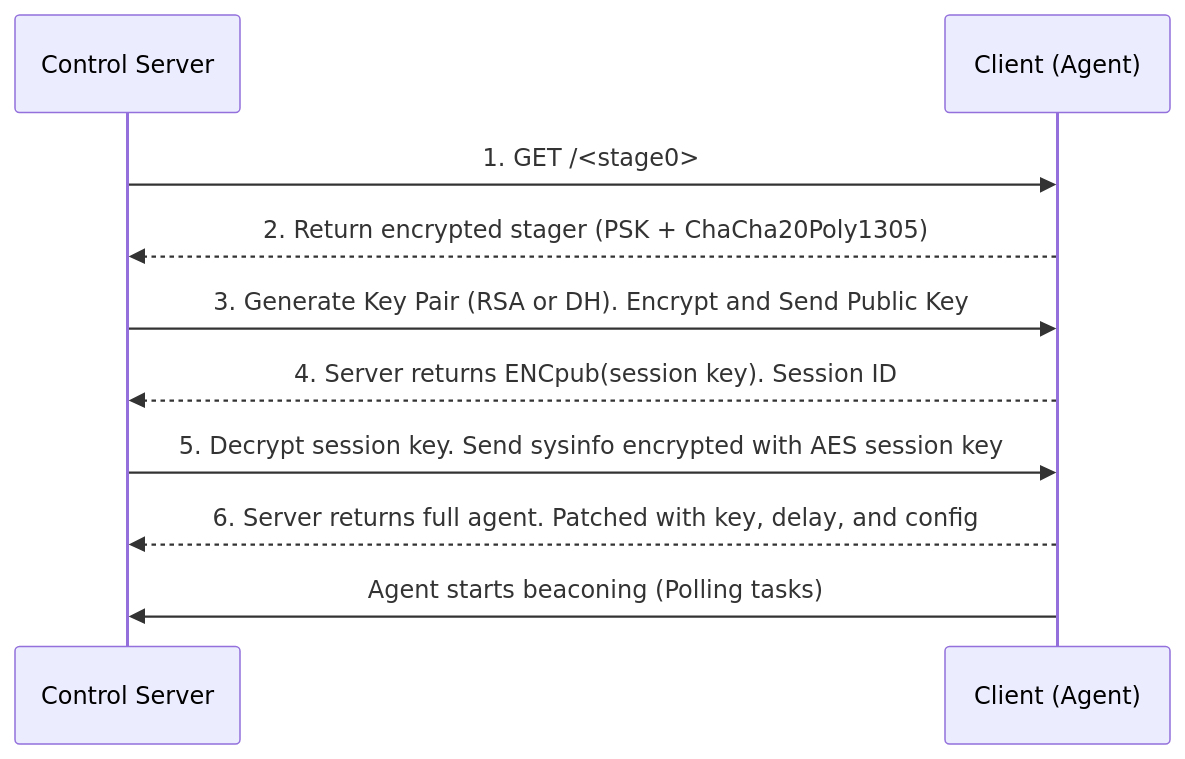
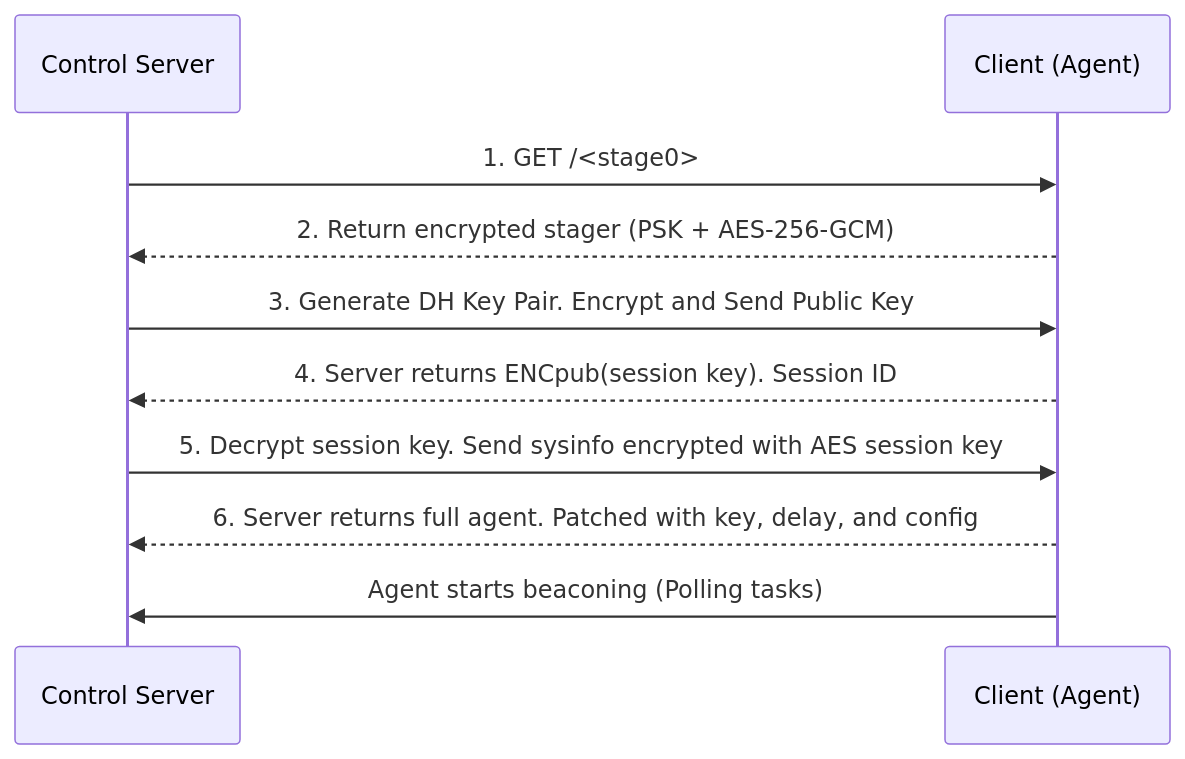
The diagram in docs/agents/staging.md (tigr0w/BC-SECURITY_Empire), drawn with Mermaid before and after one commit. The commit also changed other lines of this file and 20 other files, not shown here.

First line of the commit message:
feat: replace ChaCha20-Poly1305 with AES-256-GCM for FIPS-compliant routing packet encryption (#1226)

````diff
--- a/docs/agents/staging.md
+++ b/docs/agents/staging.md
@@ -31,13 +30,13 @@
 ```mermaid fullWidth="false"
 sequenceDiagram
     participant ControlServer as Control Server
     participant Client as Client (Agent)
 
     ControlServer->>Client: 1. GET /<stage0>
-    Client-->>ControlServer: 2. Return encrypted stager (PSK + ChaCha20Poly1305)
-    ControlServer->>Client: 3. Generate Key Pair (RSA or DH). Encrypt and Send Public Key
+    Client-->>ControlServer: 2. Return encrypted stager (PSK + AES-256-GCM)
+    ControlServer->>Client: 3. Generate DH Key Pair. Encrypt and Send Public Key
     Client-->>ControlServer: 4. Server returns ENCpub(session key). Session ID
     ControlServer->>Client: 5. Decrypt session key. Send sysinfo encrypted with AES session key
     Client-->>ControlServer: 6. Server returns full agent. Patched with key, delay, and config
     Client->>ControlServer: Agent starts beaconing (Polling tasks)
 ```
````
